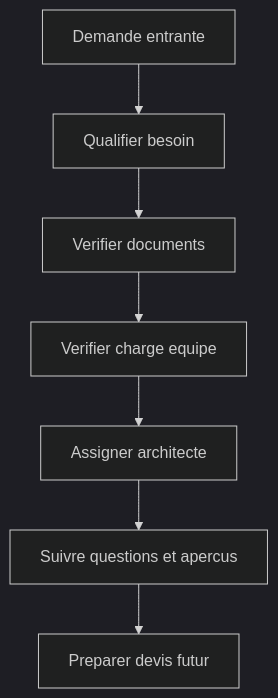
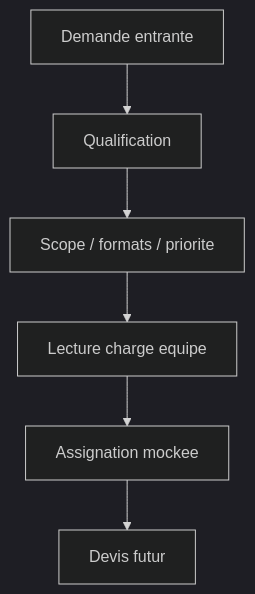
One commit to RAYAN-DOB/vellum changed the second of 3 diagrams in docs/user-flows.md. Above: the diagram before and after it, drawn with Mermaid (dark theme). The commit also changed other lines of this file and 42 other files, not shown here.

Commit message:
Rebuild visual identity with architectural premium UI

````diff
--- a/docs/user-flows.md
+++ b/docs/user-flows.md
@@ -21,9 +23,8 @@
 ```mermaid
 flowchart TD
-  Intake["Demande entrante"] --> Qualify["Qualifier besoin"]
-  Qualify --> CheckDocs["Verifier documents"]
-  CheckDocs --> Capacity["Verifier charge equipe"]
-  Capacity --> Assign["Assigner architecte"]
-  Assign --> Follow["Suivre questions et apercus"]
-  Follow --> Quote["Preparer devis futur"]
+  Incoming["Demande entrante"] --> Qualify["Qualification"]
+  Qualify --> Scope["Scope / formats / priorite"]
+  Scope --> Capacity["Lecture charge equipe"]
+  Capacity --> Assign["Assignation mockee"]
+  Assign --> Quote["Devis futur"]
 ```
````
